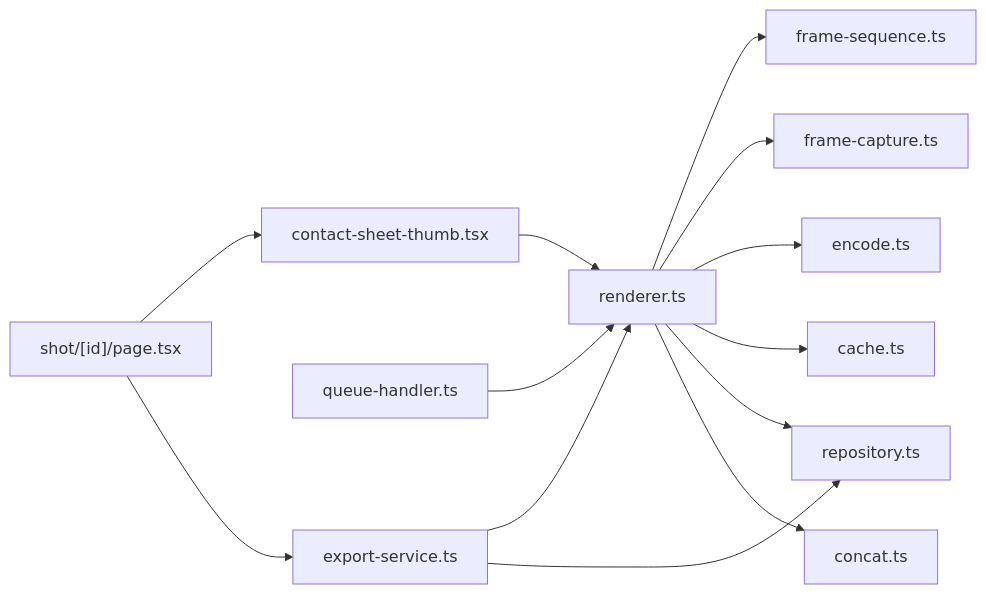
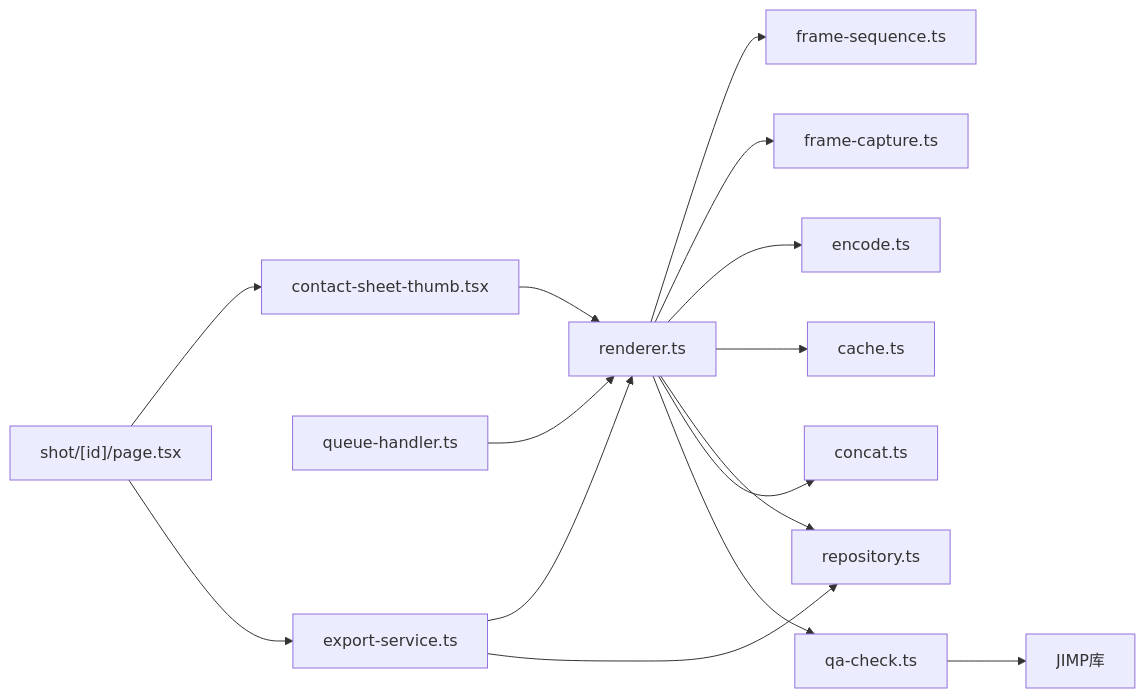
Diagram 18 of 18 in .qoder/repowiki/zh/content/架构设计/核心模块设计/渲染引擎设计/渲染引擎设计.md (AIMFllyYS/code-video-canvas), drawn with Mermaid before and after one commit. The commit also changed other lines of this file and 7 other files, not shown here.

````diff
--- a/.qoder/repowiki/zh/content/架构设计/核心模块设计/渲染引擎设计/渲染引擎设计.md
+++ b/.qoder/repowiki/zh/content/架构设计/核心模块设计/渲染引擎设计/渲染引擎设计.md
@@ -660,15 +839,17 @@
 ```mermaid
 graph LR
 R["renderer.ts"] --> FS["frame-sequence.ts"]
 R --> FC["frame-capture.ts"]
 R --> ENC["encode.ts"]
 R --> C["cache.ts"]
 R --> REPO["repository.ts"]
 R --> CAT["concat.ts"]
+R --> QA["qa-check.ts"]
 EXP["export-service.ts"] --> R
 EXP --> REPO
 QH["queue-handler.ts"] --> R
+QA --> JIMP["JIMP库"]
 THUMB["contact-sheet-thumb.tsx"] --> R
 SHOT_PAGE["shot/[id]/page.tsx"] --> THUMB
 SHOT_PAGE --> EXP
 ```
````
